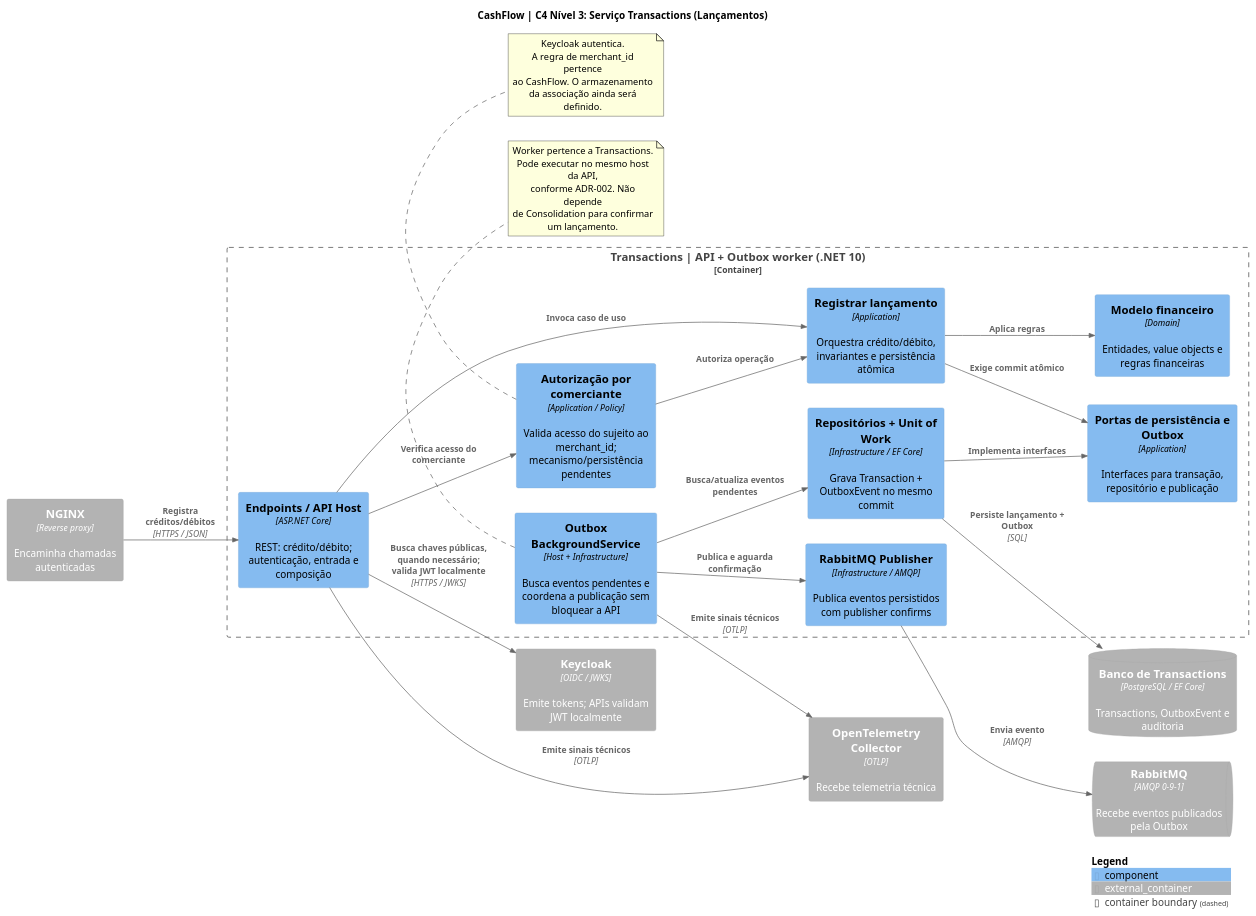
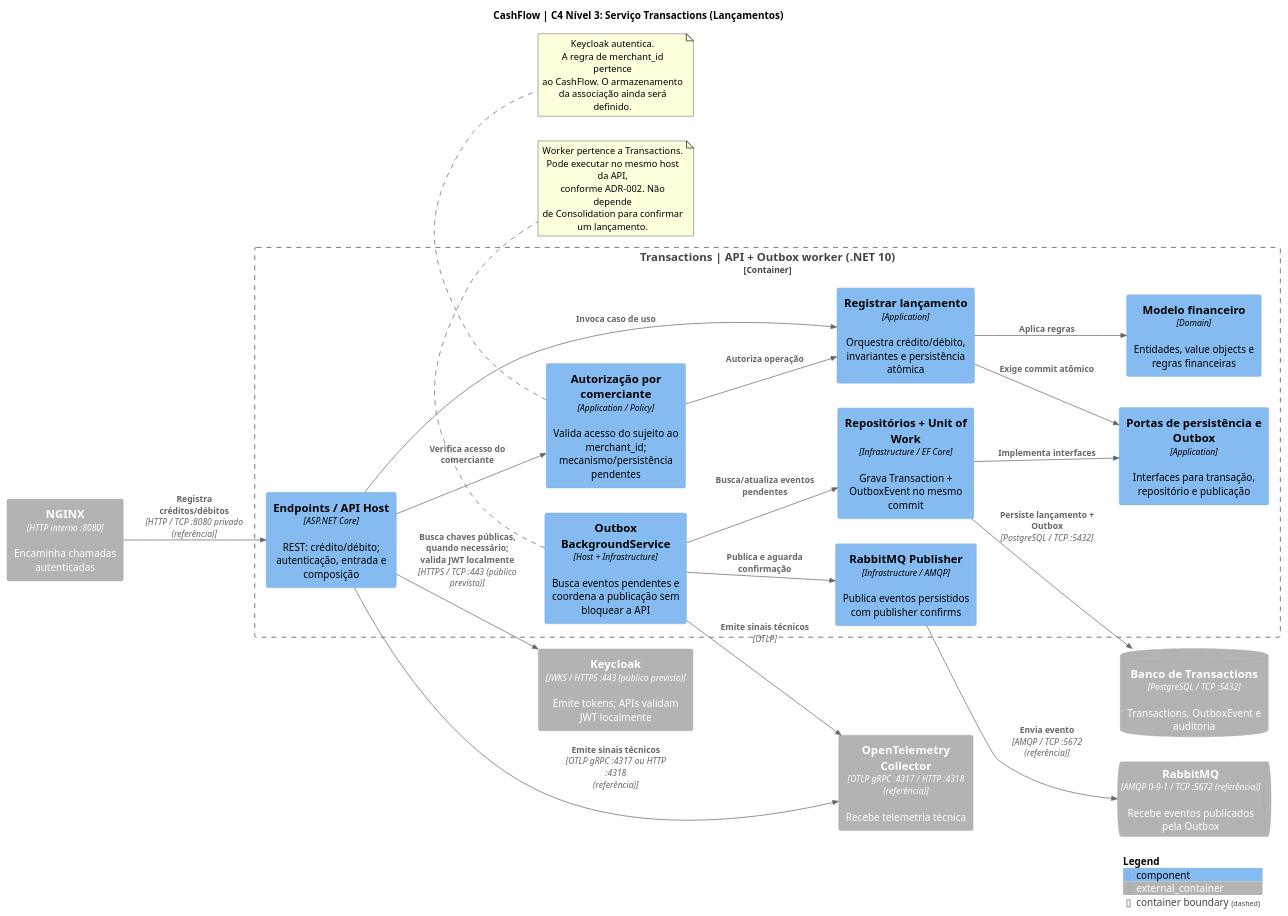
One commit to wolwerr/CashFlow-Architecture changed the diagram in docs/architecture/plantuml/c4-components-transactions.puml. Above: the diagram before and after it, drawn with PlantUML.

Commit message:
docs(c4): document protocol ports on C4 container and component relationships (#6)

```diff
--- a/docs/architecture/plantuml/c4-components-transactions.puml
+++ b/docs/architecture/plantuml/c4-components-transactions.puml
@@ -1,55 +1,55 @@
 @startuml CashFlow_Transactions_Components
 !include <C4/C4_Component>
 
 title CashFlow | C4 Nível 3: Serviço Transactions (Lançamentos)
 LAYOUT_LEFT_RIGHT()
 
-Container_Ext(nginx, "NGINX", "Reverse proxy", "Encaminha chamadas autenticadas")
-Container_Ext(keycloak, "Keycloak", "OIDC / JWKS", "Emite tokens; APIs validam JWT localmente")
-ContainerDb_Ext(transactionsDb, "Banco de Transactions", "PostgreSQL / EF Core", "Transactions, OutboxEvent e auditoria")
-ContainerQueue_Ext(rabbit, "RabbitMQ", "AMQP 0-9-1", "Recebe eventos publicados pela Outbox")
-Container_Ext(otel, "OpenTelemetry Collector", "OTLP", "Recebe telemetria técnica")
+Container_Ext(nginx, "NGINX", "HTTP interno :8080", "Encaminha chamadas autenticadas")
+Container_Ext(keycloak, "Keycloak", "JWKS / HTTPS :443 (público previsto)", "Emite tokens; APIs validam JWT localmente")
+ContainerDb_Ext(transactionsDb, "Banco de Transactions", "PostgreSQL / TCP :5432", "Transactions, OutboxEvent e auditoria")
+ContainerQueue_Ext(rabbit, "RabbitMQ", "AMQP 0-9-1 / TCP :5672 (referência)", "Recebe eventos publicados pela Outbox")
+Container_Ext(otel, "OpenTelemetry Collector", "OTLP gRPC :4317 / HTTP :4318 (referência)", "Recebe telemetria técnica")
 
 Container_Boundary(transactions, "Transactions | API + Outbox worker (.NET 10)") {
   Component(api, "Endpoints / API Host", "ASP.NET Core", "REST: crédito/débito; autenticação, entrada e composição")
   Component(auth, "Autorização por comerciante", "Application / Policy", "Valida acesso do sujeito ao merchant_id; mecanismo/persistência pendentes")
   Component(usecase, "Registrar lançamento", "Application", "Orquestra crédito/débito, invariantes e persistência atômica")
   Component(domain, "Modelo financeiro", "Domain", "Entidades, value objects e regras financeiras")
   Component(ports, "Portas de persistência e Outbox", "Application", "Interfaces para transação, repositório e publicação")
   Component(repo, "Repositórios + Unit of Work", "Infrastructure / EF Core", "Grava Transaction + OutboxEvent no mesmo commit")
   Component(worker, "Outbox BackgroundService", "Host + Infrastructure", "Busca eventos pendentes e coordena a publicação sem bloquear a API")
   Component(publisher, "RabbitMQ Publisher", "Infrastructure / AMQP", "Publica eventos persistidos com publisher confirms")
 }
 
-Rel(nginx, api, "Registra créditos/débitos", "HTTPS / JSON")
-Rel(api, keycloak, "Busca chaves públicas, quando necessário; valida JWT localmente", "HTTPS / JWKS")
+Rel(nginx, api, "Registra créditos/débitos", "HTTP / TCP :8080 privado (referência)")
+Rel(api, keycloak, "Busca chaves públicas, quando necessário; valida JWT localmente", "HTTPS / TCP :443 (público previsto)")
 Rel(api, auth, "Verifica acesso do comerciante")
 Rel(auth, usecase, "Autoriza operação")
 Rel(api, usecase, "Invoca caso de uso")
 Rel(usecase, domain, "Aplica regras")
 Rel(usecase, ports, "Exige commit atômico")
 Rel(repo, ports, "Implementa interfaces")
-Rel(repo, transactionsDb, "Persiste lançamento + Outbox", "SQL")
+Rel(repo, transactionsDb, "Persiste lançamento + Outbox", "PostgreSQL / TCP :5432")
 Rel(worker, repo, "Busca/atualiza eventos pendentes")
 Rel(worker, publisher, "Publica e aguarda confirmação")
-Rel(publisher, rabbit, "Envia evento", "AMQP")
-Rel(api, otel, "Emite sinais técnicos", "OTLP")
+Rel(publisher, rabbit, "Envia evento", "AMQP / TCP :5672 (referência)")
+Rel(api, otel, "Emite sinais técnicos", "OTLP gRPC :4317 ou HTTP :4318 (referência)")
 Rel(worker, otel, "Emite sinais técnicos", "OTLP")
 
 note bottom of worker
   Worker pertence a Transactions.
   Pode executar no mesmo host da API,
   conforme ADR-002. Não depende
   de Consolidation para confirmar
   um lançamento.
 end note
 
 note bottom of auth
   Keycloak autentica.
   A regra de merchant_id pertence
   ao CashFlow. O armazenamento
   da associação ainda será definido.
 end note
 
 SHOW_LEGEND()
 @enduml
```
